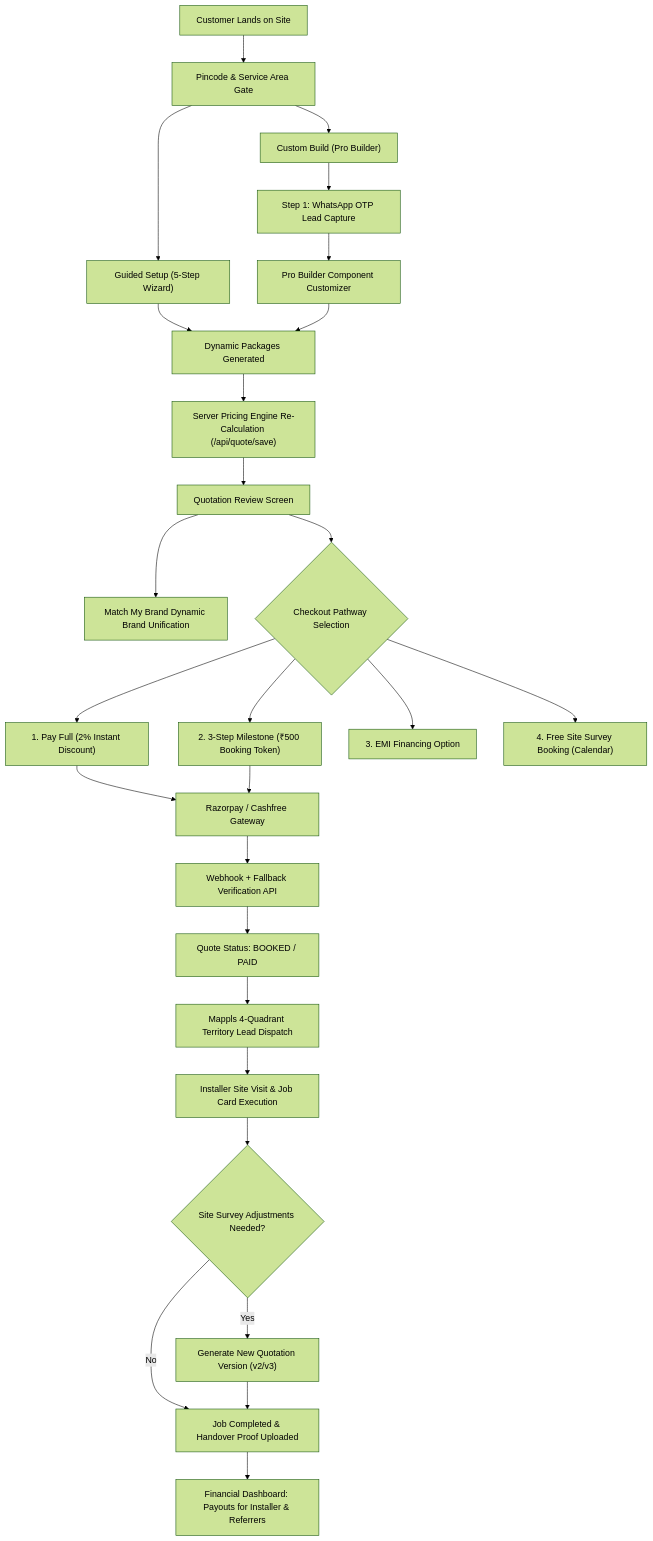
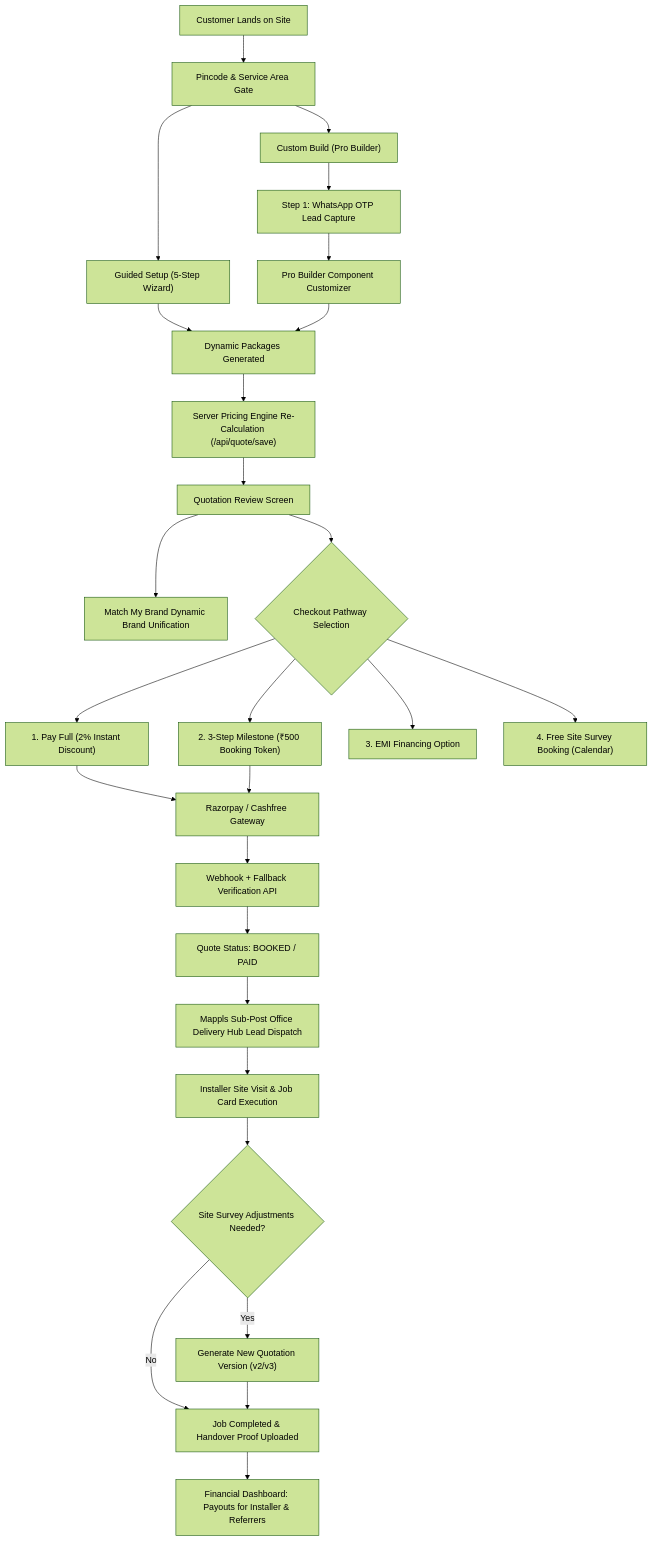
One commit to vikasakankshasharma-jpg/team-cctv-platform changed the diagram in docs/CANONICAL_FLOW.md. Above: the diagram before and after it, drawn with Mermaid (forest theme). The commit also changed other lines of this file and 6 other files, not shown here.

Commit message:
docs: synchronize platform documentation with delivery micro-hubs & 3-tier layered geography architecture

````diff
--- a/docs/CANONICAL_FLOW.md
+++ b/docs/CANONICAL_FLOW.md
@@ -6,29 +6,29 @@
 ```mermaid
 flowchart TD
     A["Customer Lands on Site"] --> B["Pincode & Service Area Gate"]
     B --> C1["Guided Setup (5-Step Wizard)"]
     B --> C2["Custom Build (Pro Builder)"]
     C2 --> C2_OTP["Step 1: WhatsApp OTP Lead Capture"]
     C2_OTP --> C2_BUILD["Pro Builder Component Customizer"]
     C1 --> D["Dynamic Packages Generated"]
     C2_BUILD --> D
     D --> E["Server Pricing Engine Re-Calculation (/api/quote/save)"]
     E --> F["Quotation Review Screen"]
     F --> G["Match My Brand Dynamic Brand Unification"]
     F --> H{"Checkout Pathway Selection"}
     H --> H1["1. Pay Full (2% Instant Discount)"]
     H --> H2["2. 3-Step Milestone (₹500 Booking Token)"]
     H --> H3["3. EMI Financing Option"]
     H --> H4["4. Free Site Survey Booking (Calendar)"]
     H1 --> I["Razorpay / Cashfree Gateway"]
     H2 --> I
     I --> J["Webhook + Fallback Verification API"]
     J --> K["Quote Status: BOOKED / PAID"]
-    K --> L["Mappls 4-Quadrant Territory Lead Dispatch"]
+    K --> L["Mappls Sub-Post Office Delivery Hub Lead Dispatch"]
     L --> M["Installer Site Visit & Job Card Execution"]
     M --> N{"Site Survey Adjustments Needed?"}
     N -- Yes --> O["Generate New Quotation Version (v2/v3)"]
     N -- No --> P["Job Completed & Handover Proof Uploaded"]
     O --> P
     P --> Q["Financial Dashboard: Payouts for Installer & Referrers"]
 ```
````
